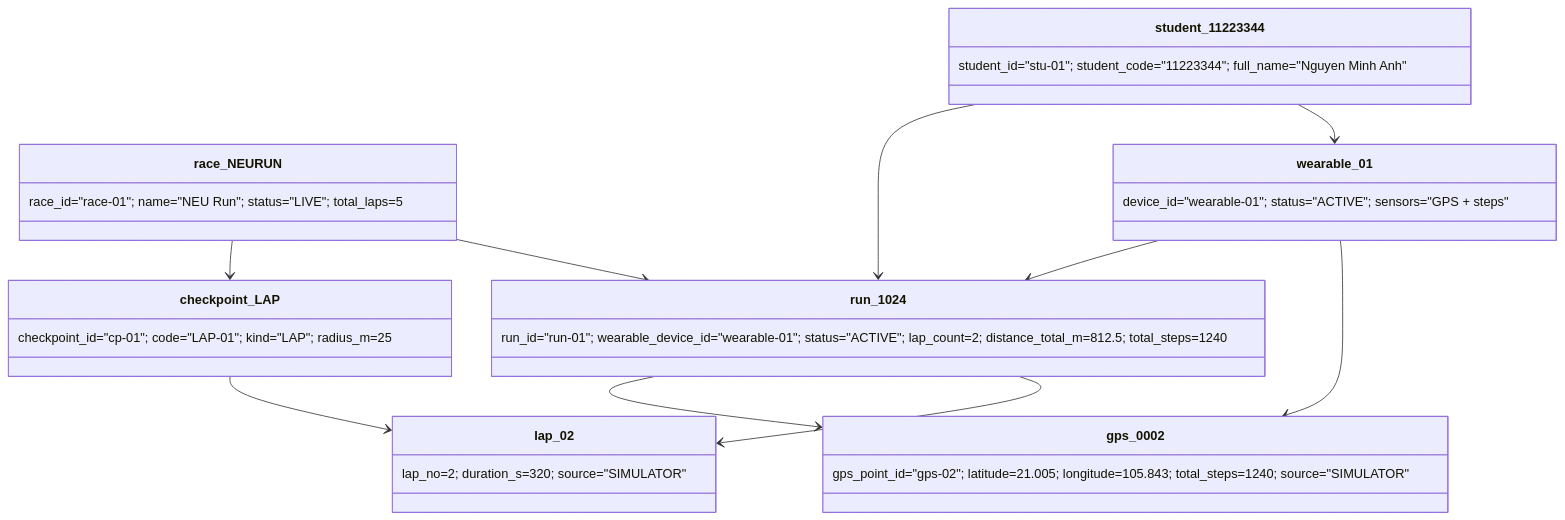
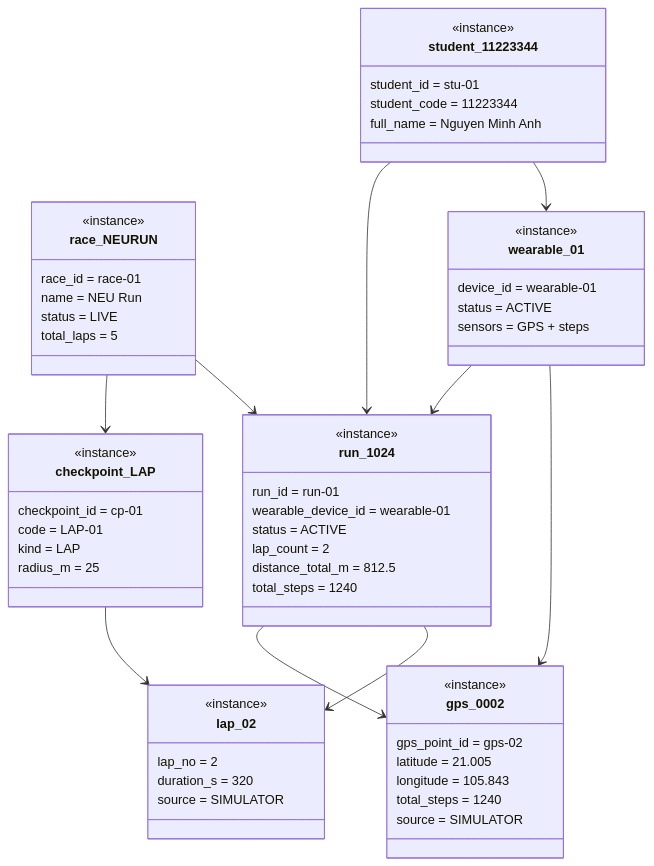
Before and after one commit to Dunnguyn/Smart_Running_Checkpoint_IoT: the second of 16 diagrams in docs/UML_DIAGRAMS.md, drawn with Mermaid. The commit also changed other lines of this file, not shown here.

Commit message:
Fix Mermaid class and object diagram syntax

````diff
--- a/docs/UML_DIAGRAMS.md
+++ b/docs/UML_DIAGRAMS.md
@@ -62,19 +193,61 @@
 ```mermaid
 classDiagram
-  class race_NEURUN { race_id="race-01"; name="NEU Run"; status="LIVE"; total_laps=5 }
-  class student_11223344 { student_id="stu-01"; student_code="11223344"; full_name="Nguyen Minh Anh" }
-  class wearable_01 { device_id="wearable-01"; status="ACTIVE"; sensors="GPS + steps" }
-  class checkpoint_LAP { checkpoint_id="cp-01"; code="LAP-01"; kind="LAP"; radius_m=25 }
-  class run_1024 { run_id="run-01"; wearable_device_id="wearable-01"; status="ACTIVE"; lap_count=2; distance_total_m=812.5; total_steps=1240 }
-  class gps_0002 { gps_point_id="gps-02"; latitude=21.005; longitude=105.843; total_steps=1240; source="SIMULATOR" }
-  class lap_02 { lap_no=2; duration_s=320; source="SIMULATOR" }
+  class race_NEURUN {
+    <<instance>>
+    race_id = race-01
+    name = NEU Run
+    status = LIVE
+    total_laps = 5
+  }
+  class student_11223344 {
+    <<instance>>
+    student_id = stu-01
+    student_code = 11223344
+    full_name = Nguyen Minh Anh
+  }
+  class wearable_01 {
+    <<instance>>
+    device_id = wearable-01
+    status = ACTIVE
+    sensors = GPS + steps
+  }
+  class checkpoint_LAP {
+    <<instance>>
+    checkpoint_id = cp-01
+    code = LAP-01
+    kind = LAP
+    radius_m = 25
+  }
+  class run_1024 {
+    <<instance>>
+    run_id = run-01
+    wearable_device_id = wearable-01
+    status = ACTIVE
+    lap_count = 2
+    distance_total_m = 812.5
+    total_steps = 1240
+  }
+  class gps_0002 {
+    <<instance>>
+    gps_point_id = gps-02
+    latitude = 21.005
+    longitude = 105.843
+    total_steps = 1240
+    source = SIMULATOR
+  }
+  class lap_02 {
+    <<instance>>
+    lap_no = 2
+    duration_s = 320
+    source = SIMULATOR
+  }
   race_NEURUN --> checkpoint_LAP
   race_NEURUN --> run_1024
   student_11223344 --> run_1024
   student_11223344 --> wearable_01
   wearable_01 --> run_1024
   wearable_01 --> gps_0002
   run_1024 --> gps_0002
   checkpoint_LAP --> lap_02
   run_1024 --> lap_02
 ```
````
